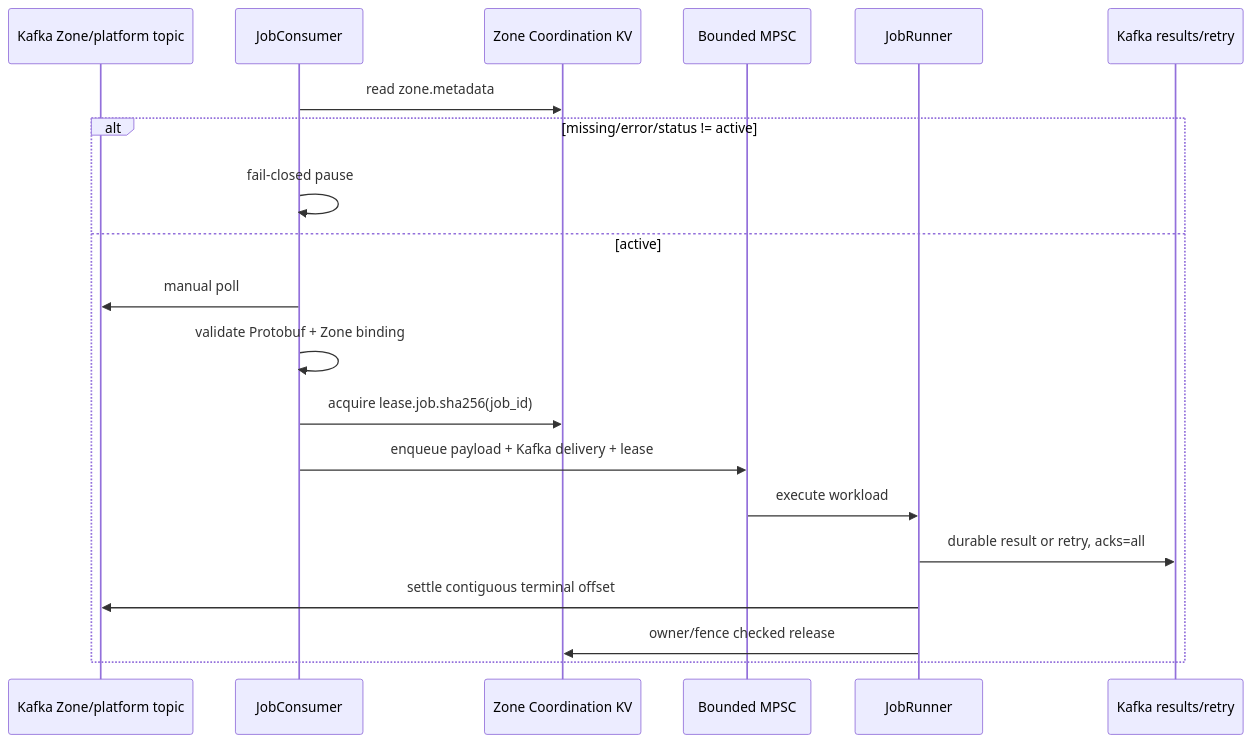
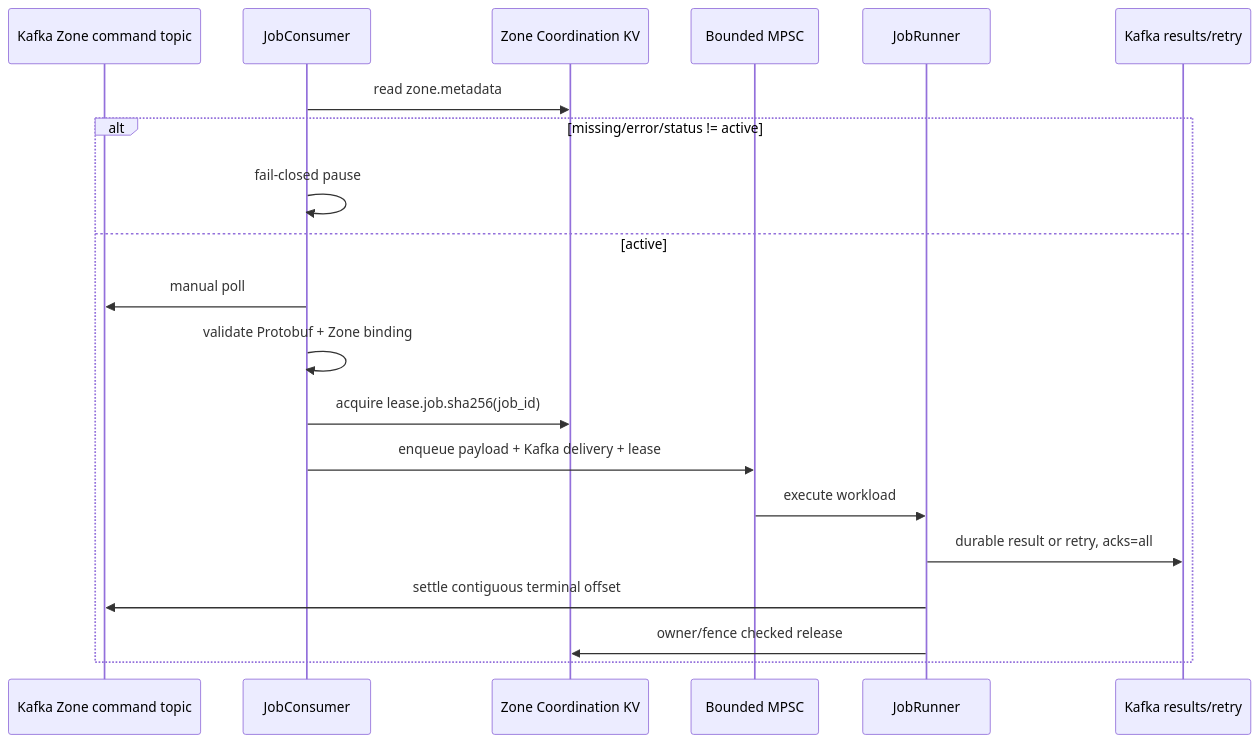
One commit to phucle996/aurora changed the diagram in dataplane/README.md. Above: the diagram before and after it, drawn with Mermaid. The commit also changed other lines of this file and 95 other files, not shown here.

Commit message:
refactor: modernize dataplane architecture by refactoring leader, workerpool, and job lifecycle components

````diff
--- a/dataplane/README.md
+++ b/dataplane/README.md
@@ -32,23 +37,23 @@
 ```mermaid
 sequenceDiagram
-    participant K as Kafka Zone/platform topic
+    participant K as Kafka Zone command topic
     participant JC as JobConsumer
     participant KV as Zone Coordination KV
     participant Q as Bounded MPSC
     participant JR as JobRunner
     participant RK as Kafka results/retry
 
     JC->>KV: read zone.metadata
     alt missing/error/status != active
         JC->>JC: fail-closed pause
     else active
         JC->>K: manual poll
         JC->>JC: validate Protobuf + Zone binding
         JC->>KV: acquire lease.job.sha256(job_id)
         JC->>Q: enqueue payload + Kafka delivery + lease
         Q->>JR: execute workload
         JR->>RK: durable result or retry, acks=all
         JR->>K: settle contiguous terminal offset
         JR->>KV: owner/fence checked release
     end
 ```
````
